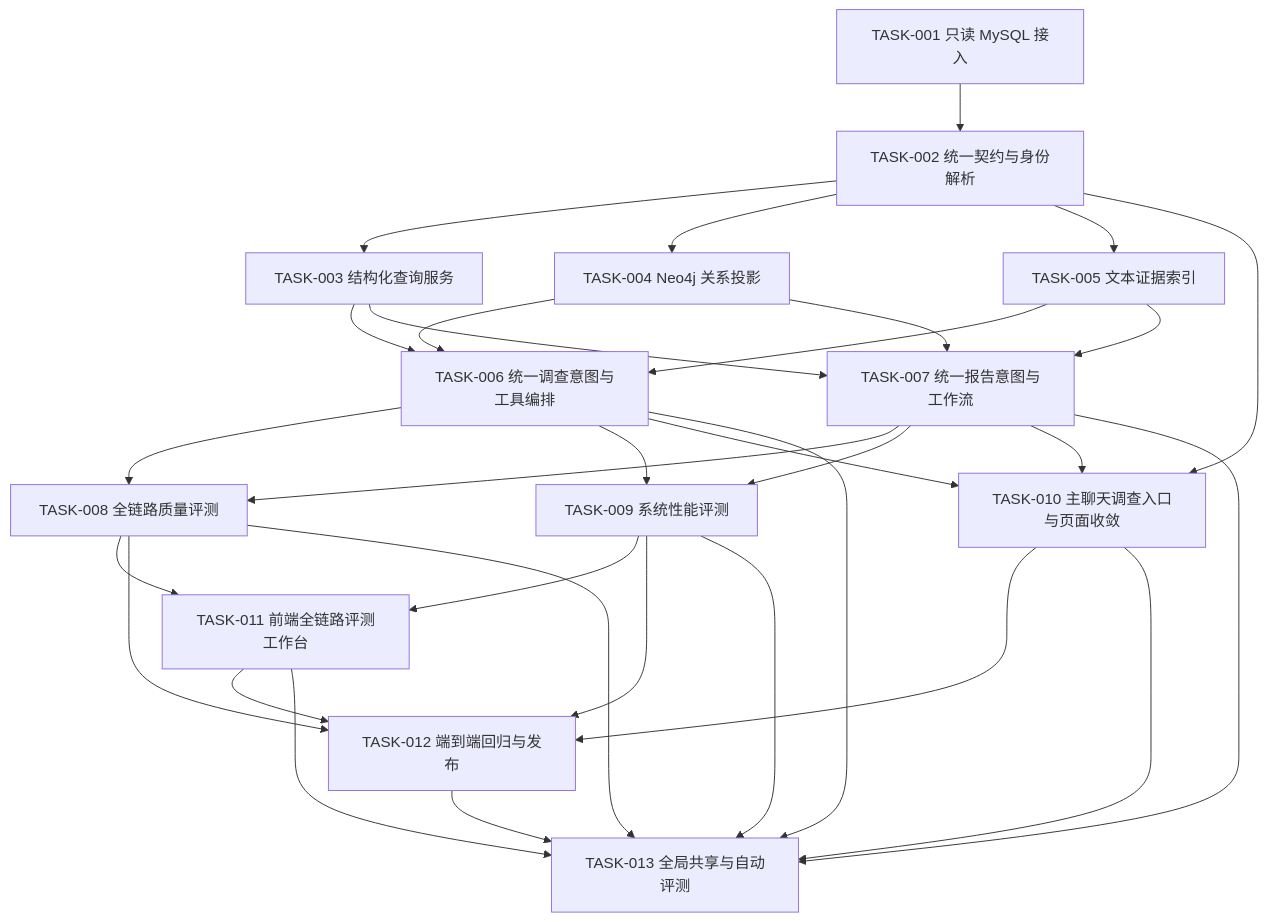
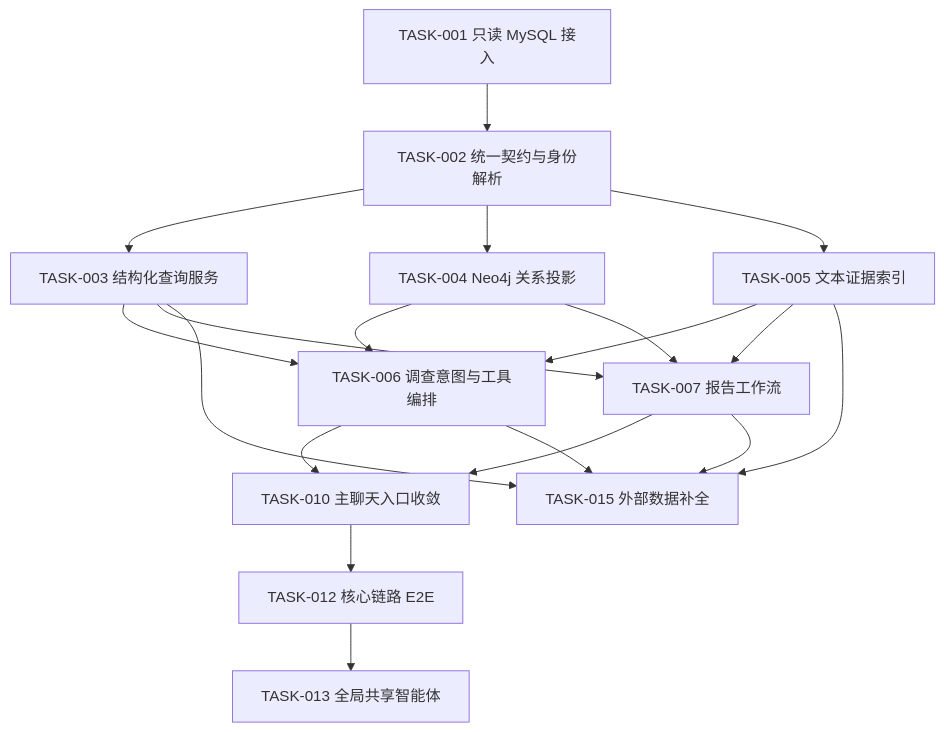
One commit to 1yu2/company-relation changed the diagram in tasks/company-due-diligence/README.md. Above: the diagram before and after it, drawn with Mermaid. The commit also changed other lines of this file and 111 other files, not shown here.

````diff
--- a/tasks/company-due-diligence/README.md
+++ b/tasks/company-due-diligence/README.md
@@ -19,47 +9,33 @@
 ```mermaid
 flowchart TD
     T001[TASK-001 只读 MySQL 接入]
     T002[TASK-002 统一契约与身份解析]
     T003[TASK-003 结构化查询服务]
     T004[TASK-004 Neo4j 关系投影]
     T005[TASK-005 文本证据索引]
-    T006[TASK-006 统一调查意图与工具编排]
-    T007[TASK-007 统一报告意图与工作流]
-    T008[TASK-008 全链路质量评测]
-    T009[TASK-009 系统性能评测]
-    T010[TASK-010 主聊天调查入口与页面收敛]
-    T011[TASK-011 前端全链路评测工作台]
-    T012[TASK-012 端到端回归与发布]
-    T013[TASK-013 全局共享与自动评测]
+    T006[TASK-006 调查意图与工具编排]
+    T007[TASK-007 报告工作流]
+    T010[TASK-010 主聊天入口收敛]
+    T012[TASK-012 核心链路 E2E]
+    T013[TASK-013 全局共享智能体]
+    T015[TASK-015 外部数据补全]
 
     T001 --> T002
     T002 --> T003
     T002 --> T004
     T002 --> T005
     T003 --> T006
     T004 --> T006
     T005 --> T006
     T003 --> T007
     T004 --> T007
     T005 --> T007
-    T006 --> T008
-    T007 --> T008
-    T006 --> T009
-    T007 --> T009
-    T002 --> T010
     T006 --> T010
     T007 --> T010
-    T008 --> T011
-    T009 --> T011
     T010 --> T012
-    T011 --> T012
-    T008 --> T012
-    T009 --> T012
-    T006 --> T013
-    T007 --> T013
-    T008 --> T013
-    T009 --> T013
-    T010 --> T013
-    T011 --> T013
     T012 --> T013
+    T003 --> T015
+    T005 --> T015
+    T006 --> T015
+    T007 --> T015
 ```
````
